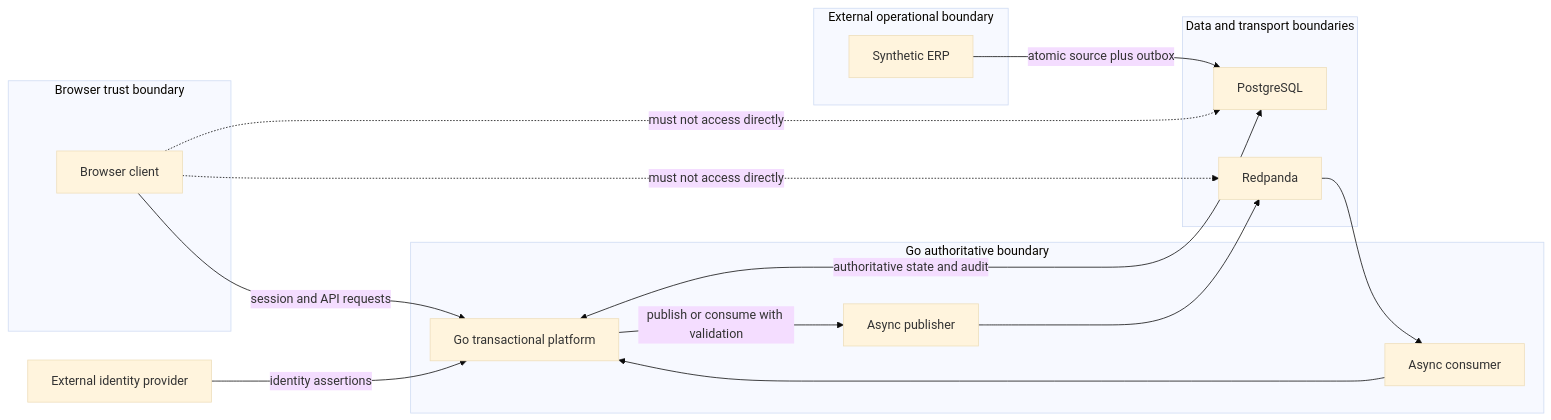
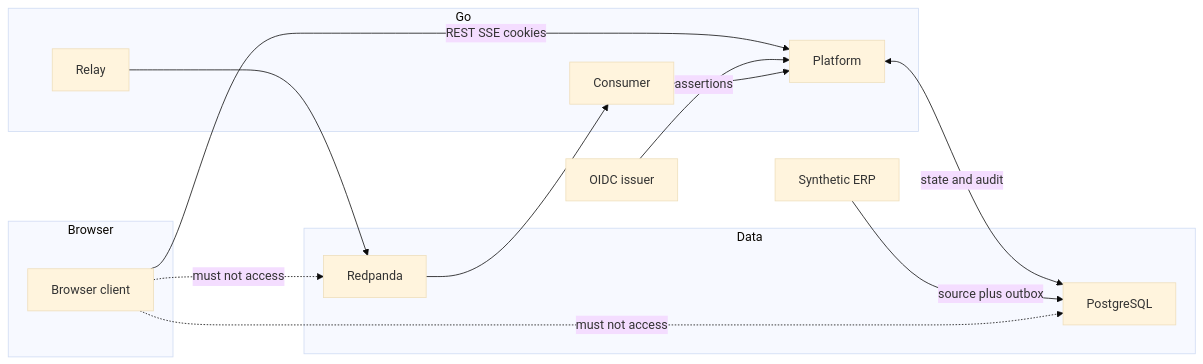
The diagram in docs/security/THREAT_MODEL.md (G1DO/seshatops), drawn with Mermaid (base theme) before and after one commit. The commit also changed other lines of this file and 46 other files, not shown here.

Commit message:
Cut duplicated architecture and security novels so remaining docs describe the Event Spine and Identity HTTP that exist.

````diff
--- a/docs/security/THREAT_MODEL.md
+++ b/docs/security/THREAT_MODEL.md
@@ -106,29 +24,26 @@
-~~~mermaid
+```mermaid
 flowchart LR
-  subgraph browserBoundary["Browser trust boundary"]
+  subgraph browserBoundary["Browser"]
     B["Browser client"]
   end
-  subgraph goBoundary["Go authoritative boundary"]
-    G["Go transactional platform"]
-    PUB["Async publisher"]
-    CON["Async consumer"]
+  subgraph goBoundary["Go"]
+    G["Platform"]
+    PUB["Relay"]
+    CON["Consumer"]
   end
-  subgraph dataBoundary["Data and transport boundaries"]
+  subgraph dataBoundary["Data"]
     PG["PostgreSQL"]
     BUS["Redpanda"]
   end
-  subgraph externalBoundary["External operational boundary"]
-    ERP["Synthetic ERP"]
-  end
-  IDP["External identity provider"]
-  B -->|"session and API requests"| G
-  IDP -->|"identity assertions"| G
-  G <-->|"authoritative state and audit"| PG
-  G -->|"publish or consume with validation"| PUB
+  ERP["Synthetic ERP"]
+  IDP["OIDC issuer"]
+  B -->|"REST SSE cookies"| G
+  IDP -->|"assertions"| G
+  G <-->|"state and audit"| PG
   PUB --> BUS
   BUS --> CON
   CON --> G
-  ERP -->|"atomic source plus outbox"| PG
-  B -.->|"must not access directly"| PG
-  B -.->|"must not access directly"| BUS
-~~~
+  ERP -->|"source plus outbox"| PG
+  B -.->|"must not access"| PG
+  B -.->|"must not access"| BUS
+```
````
